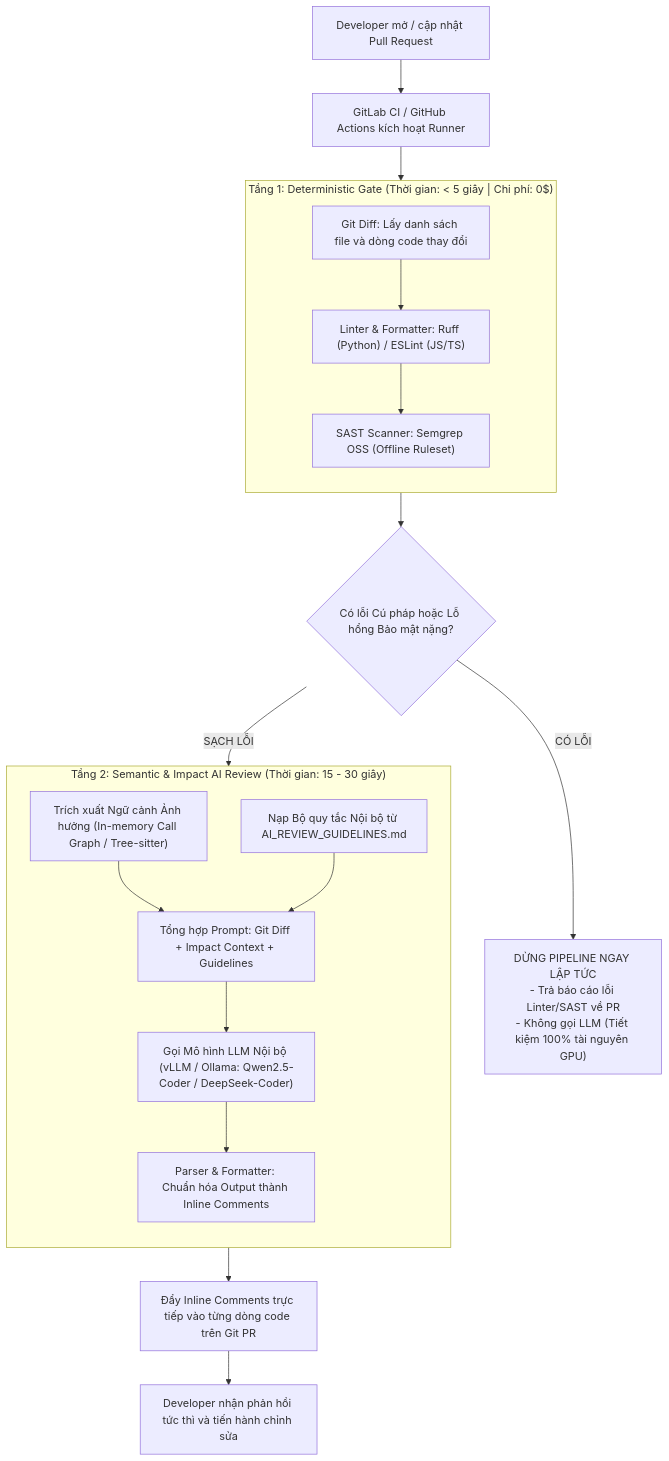
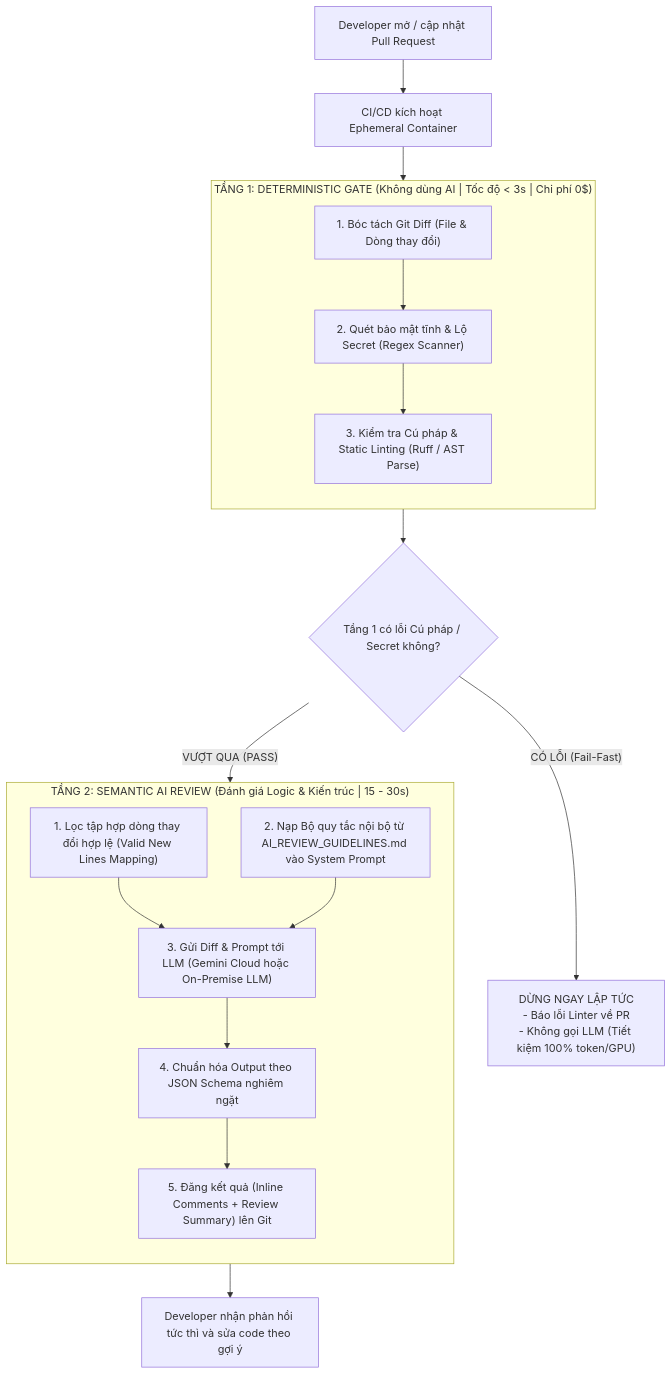
Before and after one commit to Vemistry/amodal-shape-prediction-no-spatial-no-embeding-rgb-vis-noedge-bce: the diagram in Disucss_Agent_CICD.md, drawn with Mermaid. The commit also changed other lines of this file, not shown here.

````diff
--- a/Disucss_Agent_CICD.md
+++ b/Disucss_Agent_CICD.md
@@ -25,34 +11,33 @@
 ```mermaid
 flowchart TD
-    A["Developer mở / cập nhật Pull Request"] --> B["GitLab CI / GitHub Actions kích hoạt Runner"]
+    A["Developer mở / cập nhật Pull Request"] --> B["CI/CD kích hoạt Ephemeral Container"]
 
-    subgraph Tier1["Tầng 1: Deterministic Gate (Thời gian: < 5 giây | Chi phí: 0$)"]
+    subgraph Tier1["TẦNG 1: DETERMINISTIC GATE (Không dùng AI | Tốc độ < 3s | Chi phí 0$)"]
         direction TB
-        T1_1["Git Diff: Lấy danh sách file và dòng code thay đổi"]
-        T1_2["Linter & Formatter: Ruff (Python) / ESLint (JS/TS)"]
-        T1_3["SAST Scanner: Semgrep OSS (Offline Ruleset)"]
+        T1_1["1. Bóc tách Git Diff (File & Dòng thay đổi)"]
+        T1_2["2. Quét bảo mật tĩnh & Lộ Secret (Regex Scanner)"]
+        T1_3["3. Kiểm tra Cú pháp & Static Linting (Ruff / AST Parse)"]
 
         T1_1 --> T1_2 --> T1_3
     end
 
     B --> Tier1
-    Tier1 --> C{"Có lỗi Cú pháp hoặc Lỗ hổng Bảo mật nặng?"}
+    Tier1 --> C{"Tầng 1 có lỗi Cú pháp / Secret không?"}
 
-    C -- "CÓ LỖI" --> D["DỪNG PIPELINE NGAY LẬP TỨC<br/>- Trả báo cáo lỗi Linter/SAST về PR<br/>- Không gọi LLM (Tiết kiệm 100% tài nguyên GPU)"]
+    C -- "CÓ LỖI (Fail-Fast)" --> D["DỪNG NGAY LẬP TỨC<br/>- Báo lỗi Linter về PR<br/>- Không gọi LLM (Tiết kiệm 100% token/GPU)"]
 
-    C -- "SẠCH LỖI" --> Tier2
+    C -- "VƯỢT QUA (PASS)" --> Tier2
 
-    subgraph Tier2["Tầng 2: Semantic & Impact AI Review (Thời gian: 15 - 30 giây)"]
+    subgraph Tier2["TẦNG 2: SEMANTIC AI REVIEW (Đánh giá Logic & Kiến trúc | 15 - 30s)"]
         direction TB
-        T2_1["Trích xuất Ngữ cảnh Ảnh hưởng (In-memory Call Graph / Tree-sitter)"]
-        T2_2["Nạp Bộ quy tắc Nội bộ từ AI_REVIEW_GUIDELINES.md"]
-        T2_3["Tổng hợp Prompt: Git Diff + Impact Context + Guidelines"]
-        T2_4["Gọi Mô hình LLM Nội bộ (vLLM / Ollama: Qwen2.5-Coder / DeepSeek-Coder)"]
-        T2_5["Parser & Formatter: Chuẩn hóa Output thành Inline Comments"]
+        T2_1["1. Lọc tập hợp dòng thay đổi hợp lệ (Valid New Lines Mapping)"]
+        T2_2["2. Nạp Bộ quy tắc nội bộ từ AI_REVIEW_GUIDELINES.md vào System Prompt"]
+        T2_3["3. Gửi Diff & Prompt tới LLM (Gemini Cloud hoặc On-Premise LLM)"]
+        T2_4["4. Chuẩn hóa Output theo JSON Schema nghiêm ngặt"]
+        T2_5["5. Đăng kết quả (Inline Comments + Review Summary) lên Git"]
 
         T2_1 & T2_2 --> T2_3 --> T2_4 --> T2_5
     end
 
-    Tier2 --> E["Đẩy Inline Comments trực tiếp vào từng dòng code trên Git PR"]
-    E --> F["Developer nhận phản hồi tức thì và tiến hành chỉnh sửa"]
+    Tier2 --> E["Developer nhận phản hồi tức thì và sửa code theo gợi ý"]
 ```
````
